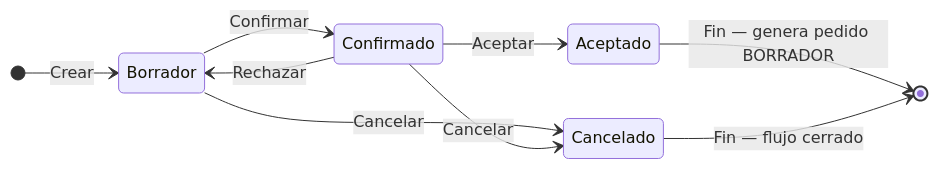
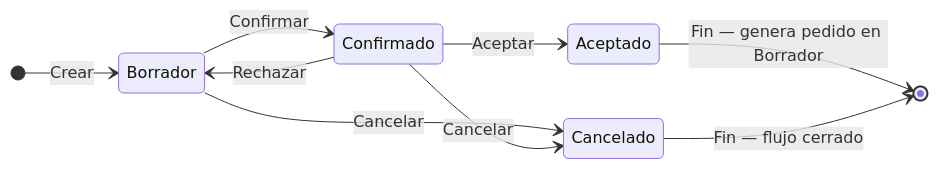
One commit to Zink-in-Tech/ZiT-ERP_DocsPublica_FE changed the diagram in docs/ventas/presupuestos.md. Above: the diagram before and after it, drawn with Mermaid. The commit also changed other lines of this file and 44 other files, not shown here.

````diff
--- a/docs/ventas/presupuestos.md
+++ b/docs/ventas/presupuestos.md
@@ -91,12 +89,12 @@
 ```mermaid
 stateDiagram-v2
   direction LR
   [*] --> Borrador: Crear
   Borrador --> Confirmado: Confirmar
   Confirmado --> Aceptado: Aceptar
   Confirmado --> Borrador: Rechazar
-  Aceptado --> [*]: Fin — genera pedido BORRADOR
+  Aceptado --> [*]: Fin — genera pedido en Borrador
   Borrador --> Cancelado: Cancelar
   Confirmado --> Cancelado: Cancelar
   Cancelado --> [*]: Fin — flujo cerrado
 ```
````
